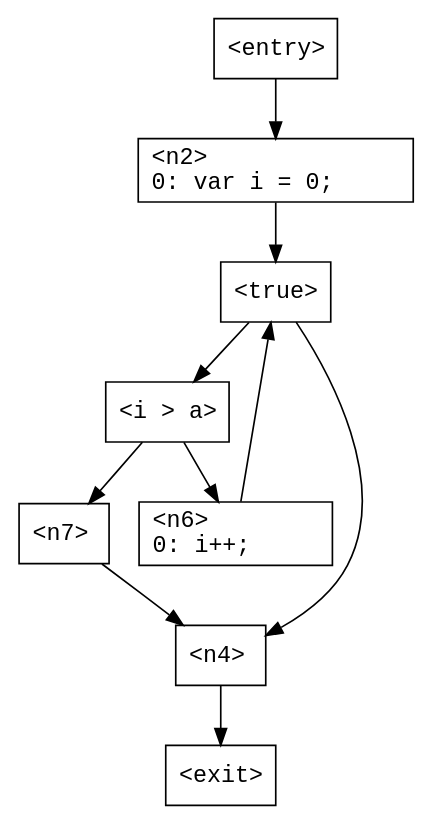
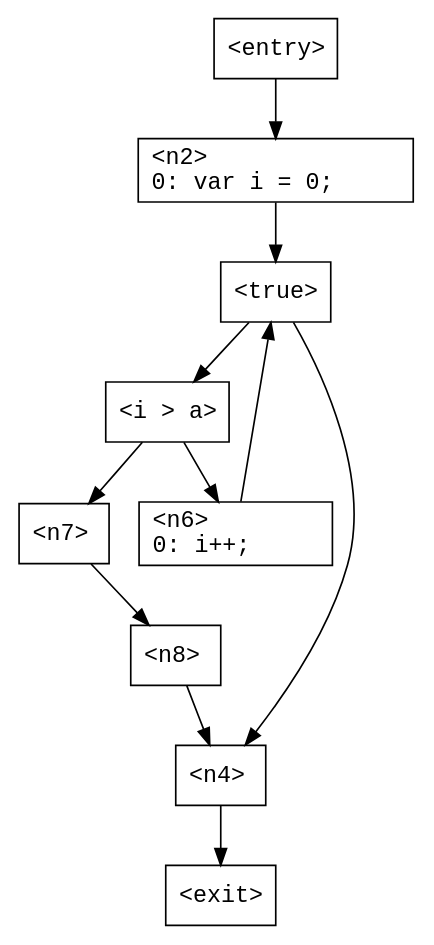
Before and after one commit to ashalkhakov/Tarp: the diagram in TarpTests/Cfg/Data/TestWhileBreak.gv, drawn with Graphviz. The commit also changed 13 other files, not shown here.

First line of the commit message:
Implement break/continue. Allow temporary 'join' nodes in the graph.

```diff
--- a/TarpTests/Cfg/Data/TestWhileBreak.gv
+++ b/TarpTests/Cfg/Data/TestWhileBreak.gv
@@ -1,36 +1,40 @@
 digraph G
 {
     n0 [ shape = "box"
              fontname = "Monospace"
              label = "<entry>\l" ];
       n0 -> n2;
     n1 [ shape = "box"
              fontname = "Monospace"
              label = "<exit>\l" ];
     n2 [ shape = "box"
              fontname = "Monospace"
              label = "<n2>\l0:	var i = 0;\l" ];
       n2 -> n3;
     n3 [ shape = "box"
              fontname = "Monospace"
              label = "<true>\l" ];
       n3 -> n5;
       n3 -> n4;
     n4 [ shape = "box"
              fontname = "Monospace"
              label = "<n4>\l" ];
       n4 -> n1;
     n5 [ shape = "box"
              fontname = "Monospace"
              label = "<i > a>\l" ];
       n5 -> n7;
       n5 -> n6;
     n6 [ shape = "box"
              fontname = "Monospace"
              label = "<n6>\l0:	i++;\l" ];
       n6 -> n3;
     n7 [ shape = "box"
              fontname = "Monospace"
              label = "<n7>\l" ];
-      n7 -> n4;
+      n7 -> n8;
+    n8 [ shape = "box"
+             fontname = "Monospace"
+             label = "<n8>\l" ];
+      n8 -> n4;
 }
```
